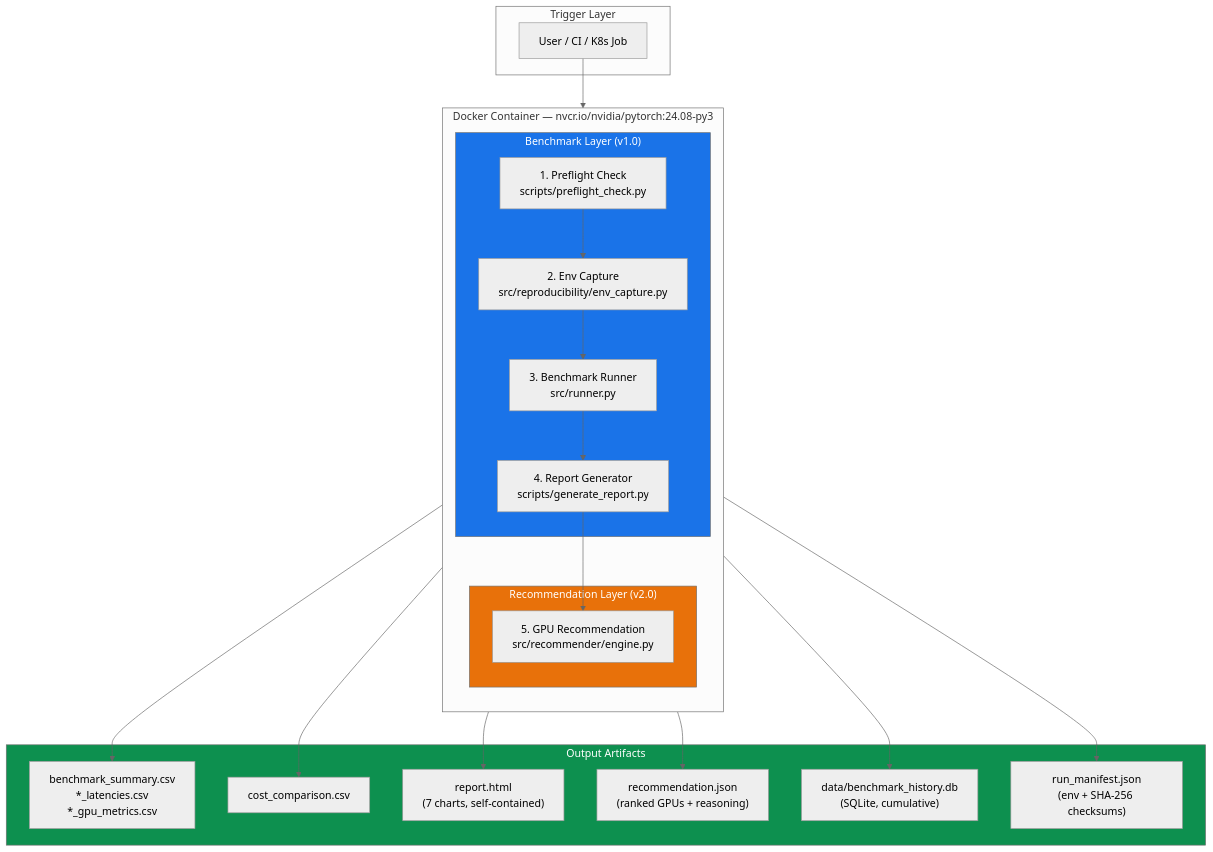
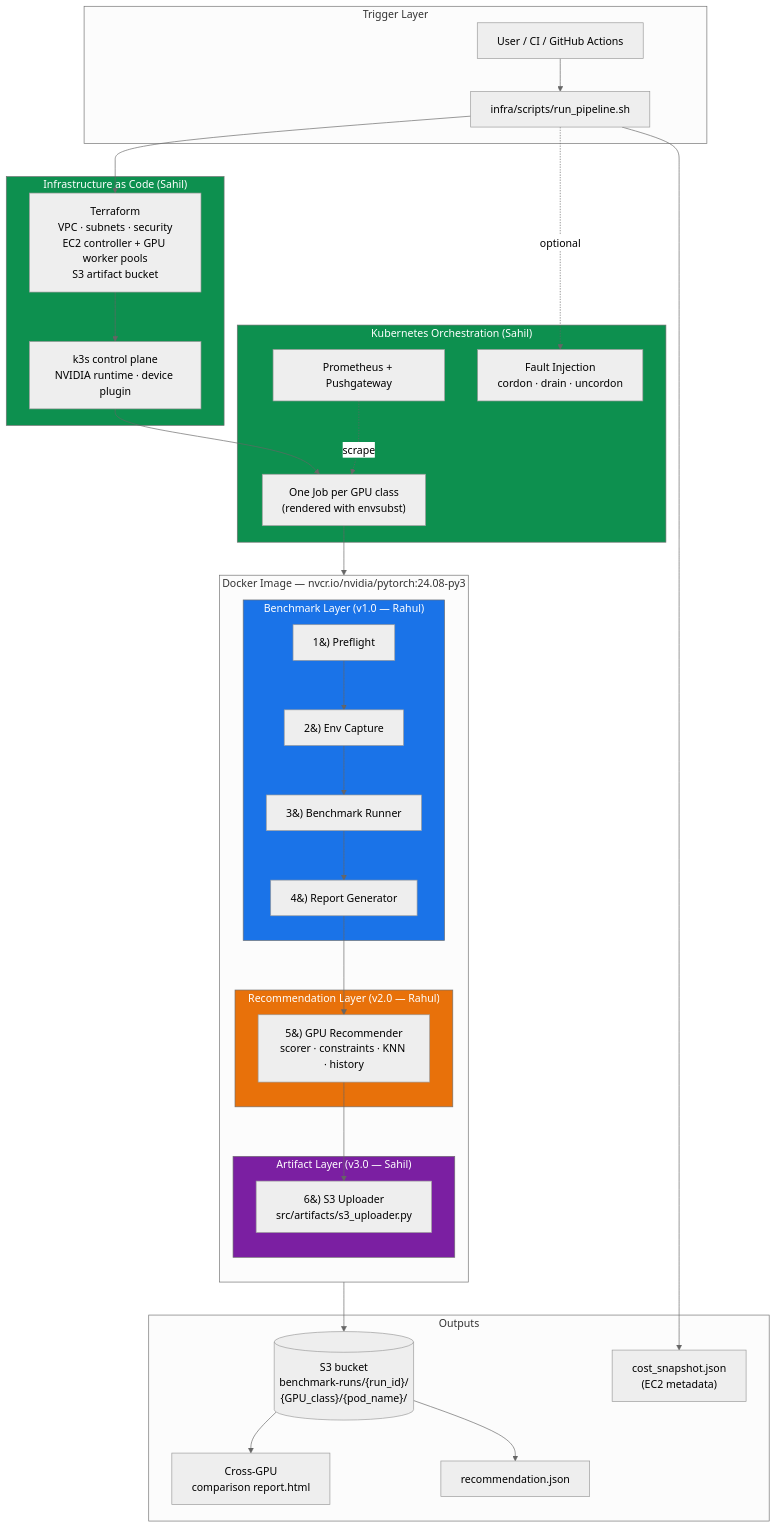
One commit to rahul370139/gpu_cloud_benchmark changed the first of 5 diagrams in PROJECT_PROGRESS.md. Above: the diagram before and after it, drawn with Mermaid (neutral theme). The commit also changed other lines of this file and 10 other files, not shown here.

````diff
--- a/PROJECT_PROGRESS.md
+++ b/PROJECT_PROGRESS.md
@@ -45,44 +50,62 @@
 ```mermaid
 graph TB
     subgraph TRIGGER["Trigger Layer"]
-        U["User / CI / K8s Job"]
+        U["User / CI / GitHub Actions"]
+        PIPE["infra/scripts/run_pipeline.sh"]
     end
 
-    subgraph CONTAINER["Docker Container — nvcr.io/nvidia/pytorch:24.08-py3"]
+    subgraph IAC["Infrastructure as Code (Sahil)"]
+        TF["Terraform<br/>VPC · subnets · security<br/>EC2 controller + GPU worker pools<br/>S3 artifact bucket"]
+        K3S["k3s control plane<br/>NVIDIA runtime · device plugin"]
+    end
+
+    subgraph CONTAINER["Docker Image — nvcr.io/nvidia/pytorch:24.08-py3"]
         direction TB
-        subgraph BENCH["Benchmark Layer (v1.0)"]
-            S1["1. Preflight Check<br/>scripts/preflight_check.py"]
-            S2["2. Env Capture<br/>src/reproducibility/env_capture.py"]
-            S3["3. Benchmark Runner<br/>src/runner.py"]
-            S4["4. Report Generator<br/>scripts/generate_report.py"]
+        subgraph BENCH["Benchmark Layer (v1.0 — Rahul)"]
+            S1["1&#41; Preflight"]
+            S2["2&#41; Env Capture"]
+            S3["3&#41; Benchmark Runner"]
+            S4["4&#41; Report Generator"]
             S1 --> S2 --> S3 --> S4
         end
 
-        subgraph REC["Recommendation Layer (v2.0)"]
-            S5["5. GPU Recommendation<br/>src/recommender/engine.py"]
+        subgraph REC["Recommendation Layer (v2.0 — Rahul)"]
+            S5["5&#41; GPU Recommender<br/>scorer · constraints · KNN · history"]
         end
 
-        S4 --> S5
+        subgraph UPLOAD["Artifact Layer (v3.0 — Sahil)"]
+            S6["6&#41; S3 Uploader<br/>src/artifacts/s3_uploader.py"]
+        end
+
+        S4 --> S5 --> S6
     end
 
-    subgraph OUTPUT["Output Artifacts"]
-        CSV["benchmark_summary.csv<br/>*_latencies.csv<br/>*_gpu_metrics.csv"]
-        COST["cost_comparison.csv"]
-        REPORT["report.html<br/>(7 charts, self-contained)"]
-        REC_JSON["recommendation.json<br/>(ranked GPUs + reasoning)"]
-        HISTORY["data/benchmark_history.db<br/>(SQLite, cumulative)"]
-        MANIFEST["run_manifest.json<br/>(env + SHA-256 checksums)"]
+    subgraph K8S["Kubernetes Orchestration (Sahil)"]
+        JOB["One Job per GPU class<br/>(rendered with envsubst)"]
+        PROM["Prometheus + Pushgateway"]
+        FAULT["Fault Injection<br/>cordon · drain · uncordon"]
     end
 
-    U --> S1
-    S3 --> CSV
-    S3 --> HISTORY
-    S3 --> MANIFEST
-    S4 --> COST
-    S4 --> REPORT
-    S5 --> REC_JSON
+    subgraph OUTPUT["Outputs"]
+        S3O[("S3 bucket<br/>benchmark-runs/{run_id}/<br/>{GPU_class}/{pod_name}/")]
+        REPORT["Cross-GPU<br/>comparison report.html"]
+        REC_JSON["recommendation.json"]
+        COSTS["cost_snapshot.json<br/>(EC2 metadata)"]
+    end
+
+    U --> PIPE
+    PIPE --> TF --> K3S --> JOB
+    JOB --> CONTAINER
+    S6 --> S3O
+    S3O --> REPORT
+    S3O --> REC_JSON
+    PIPE --> COSTS
+    PROM -.scrape.-> JOB
+    PIPE -.optional.-> FAULT
 
     style BENCH fill:#1a73e8,color:#fff
     style REC fill:#e8710a,color:#fff
-    style OUTPUT fill:#0d904f,color:#fff
+    style UPLOAD fill:#7b1fa2,color:#fff
+    style IAC fill:#0d904f,color:#fff
+    style K8S fill:#0d904f,color:#fff
 ```
````
